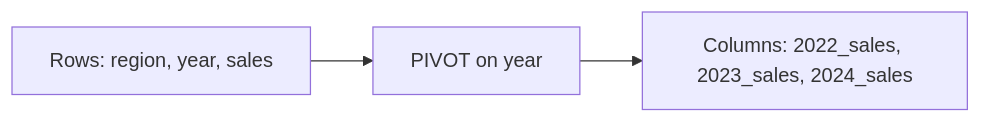
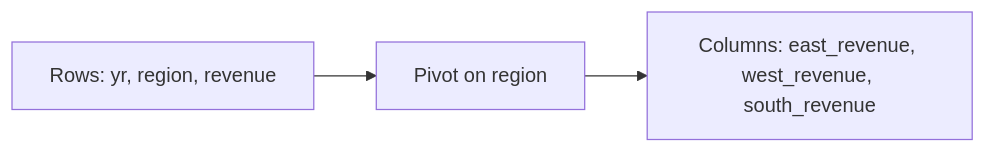
Before and after one commit to mahfooziiitian/spark-batch: the diagram in spark-sql/docs/querying/aggregation/pivoting/pivot/spark.md, drawn with Mermaid. The commit also changed other lines of this file and 809 other files, not shown here.

````diff
--- a/spark-sql/docs/querying/aggregation/pivoting/pivot/spark.md
+++ b/spark-sql/docs/querying/aggregation/pivoting/pivot/spark.md
@@ -16,5 +9,5 @@
 ```mermaid
 graph LR
-    A["Rows: region, year, sales"] --> B["PIVOT on year"]
-    B --> C["Columns: 2022_sales, 2023_sales, 2024_sales"]
+    A[Rows: yr, region, revenue] --> B[Pivot on region]
+    B --> C[Columns: east_revenue, west_revenue, south_revenue]
 ```
````
